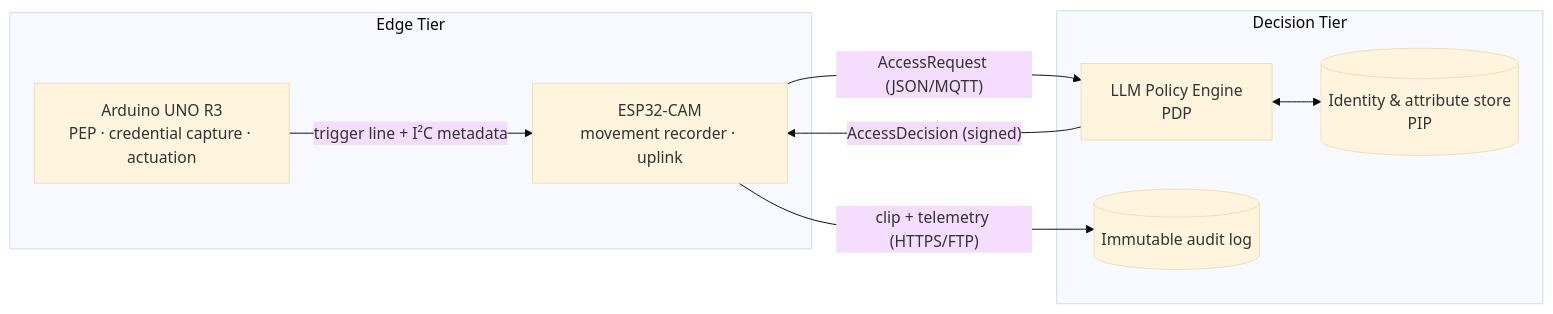
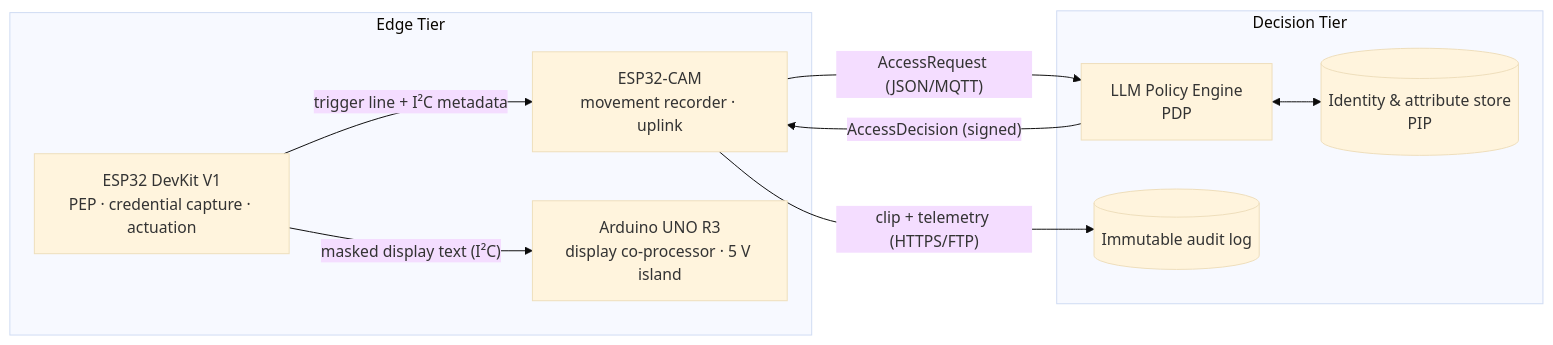
Before and after one commit to EMCISHackathon/iot-hardware: the first of 2 diagrams in README.md, drawn with Mermaid (base theme). The commit also changed other lines of this file and 10 other files, not shown here.

````diff
--- a/README.md
+++ b/README.md
@@ -35,19 +36,21 @@
 ```mermaid
 flowchart LR
     subgraph Edge["Edge Tier"]
-        A["Arduino UNO R3<br/>PEP · credential capture · actuation"]
+        A["ESP32 DevKit V1<br/>PEP · credential capture · actuation"]
         C["ESP32-CAM<br/>movement recorder · uplink"]
+        U["Arduino UNO R3<br/>display co-processor · 5 V island"]
         A -- "trigger line + I²C metadata" --> C
+        A -- "masked display text (I²C)" --> U
     end
 
     subgraph Cloud["Decision Tier"]
         P["LLM Policy Engine<br/>PDP"]
         D[("Identity & attribute store<br/>PIP")]
         L[("Immutable audit log")]
     end
 
     C -- "AccessRequest (JSON/MQTT)" --> P
     P -- "AccessDecision (signed)" --> C
     C -- "clip + telemetry (HTTPS/FTP)" --> L
     P <--> D
 ```
````
